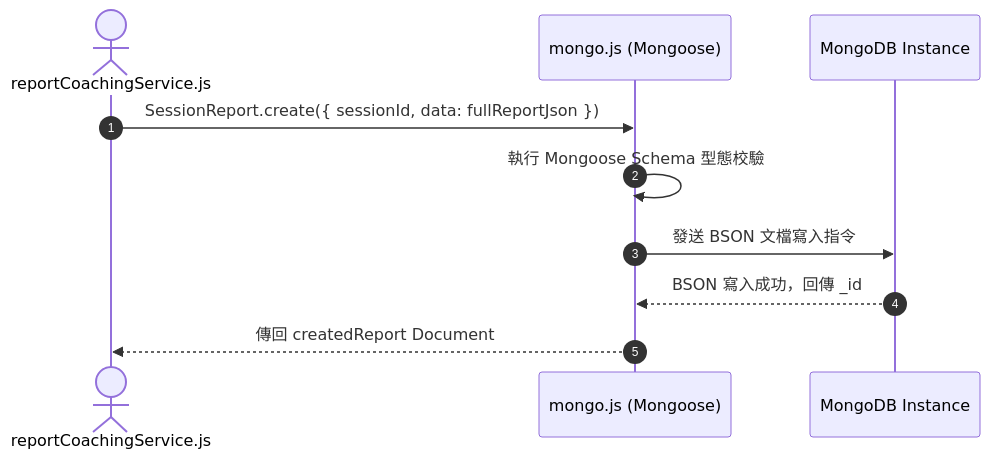
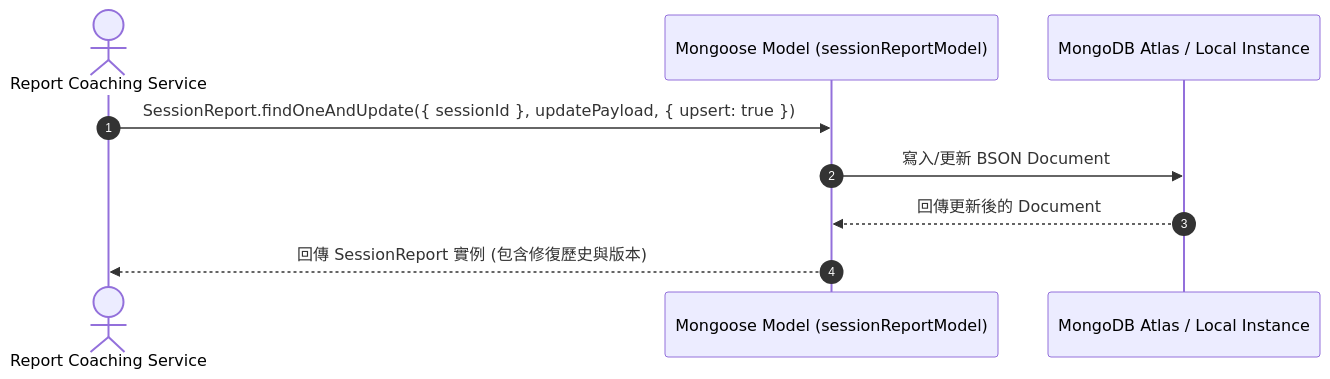
Before and after one commit to Alanho2025/Kiwi-AI-interview-Agent: the diagram in docs/architecture-decision-records/features/F-46-mongodb-mongoose-unstructured-store.md, drawn with Mermaid. The commit also changed other lines of this file and 74 other files, not shown here.

````diff
--- a/docs/architecture-decision-records/features/F-46-mongodb-mongoose-unstructured-store.md
+++ b/docs/architecture-decision-records/features/F-46-mongodb-mongoose-unstructured-store.md
@@ -47,13 +42,12 @@
 ```mermaid
 sequenceDiagram
     autonumber
-    actor Service as reportCoachingService.js
-    participant Mongo as mongo.js (Mongoose)
-    participant DB as MongoDB Instance
+    actor Service as Report Coaching Service
+    participant Mongo as Mongoose Model (sessionReportModel)
+    participant DB as MongoDB Atlas / Local Instance
 
-    Service->>Mongo: SessionReport.create({ sessionId, data: fullReportJson })
-    Mongo->>Mongo: 執行 Mongoose Schema 型態校驗
-    Mongo->>DB: 發送 BSON 文檔寫入指令
-    DB-->>Mongo: BSON 寫入成功，回傳 _id
-    Mongo-->>Service: 傳回 createdReport Document
+    Service->>Mongo: SessionReport.findOneAndUpdate({ sessionId }, updatePayload, { upsert: true })
+    Mongo->>DB: 寫入/更新 BSON Document
+    DB-->>Mongo: 回傳更新後的 Document
+    Mongo-->>Service: 回傳 SessionReport 實例 (包含修復歷史與版本)
 ```
````
